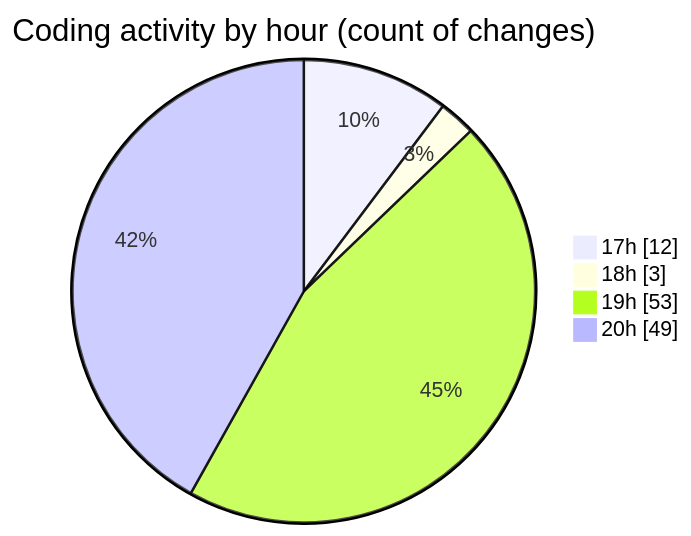
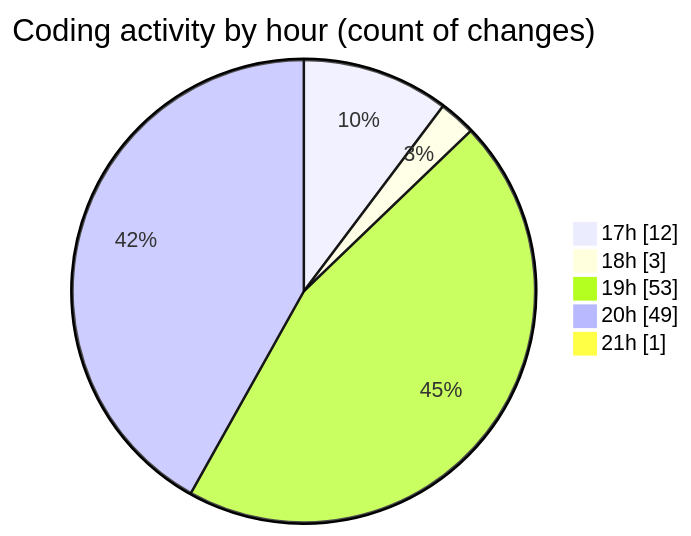
Before and after one commit to Ritupan-Deka/code-tracking: the second of 2 diagrams in 2025-06-19/scopecraft/README.md, drawn with Mermaid. The commit also changed other lines of this file and 1 other file, not shown here.

````diff
--- a/2025-06-19/scopecraft/README.md
+++ b/2025-06-19/scopecraft/README.md
@@ -46,8 +47,9 @@
 ```mermaid
 pie showData
 title Coding activity by hour (count of changes)
 "17h" : 12
 "18h" : 3
 "19h" : 53
 "20h" : 49
+"21h" : 1
 ```
````
